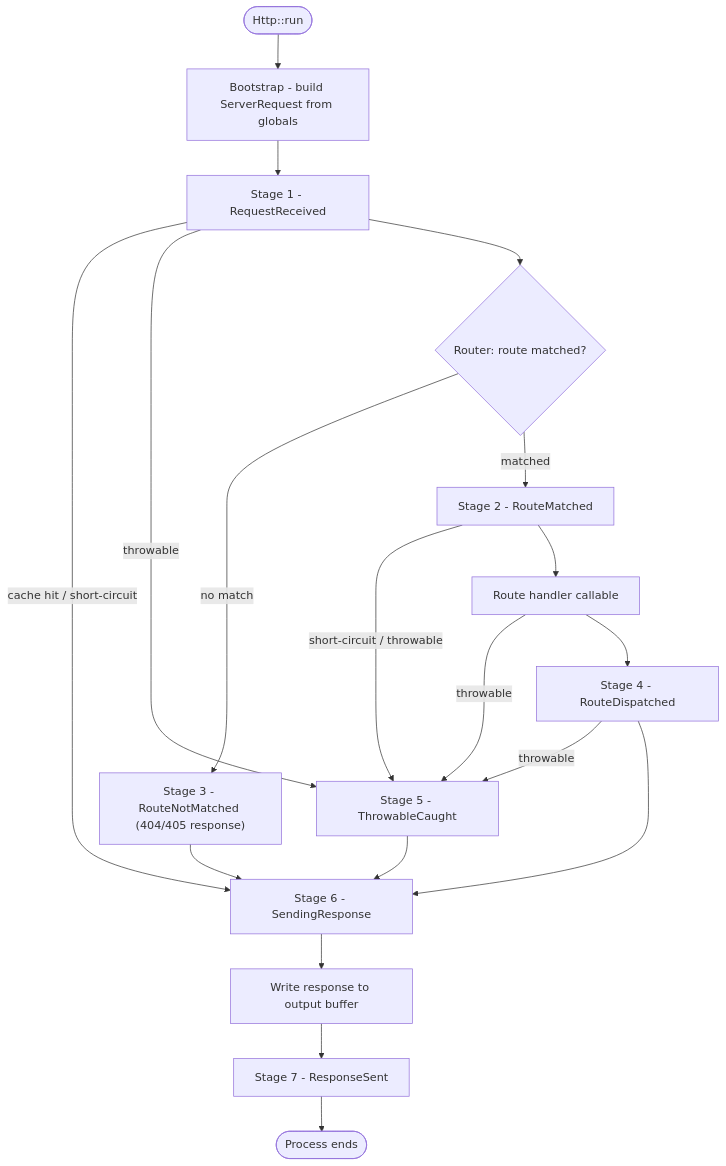
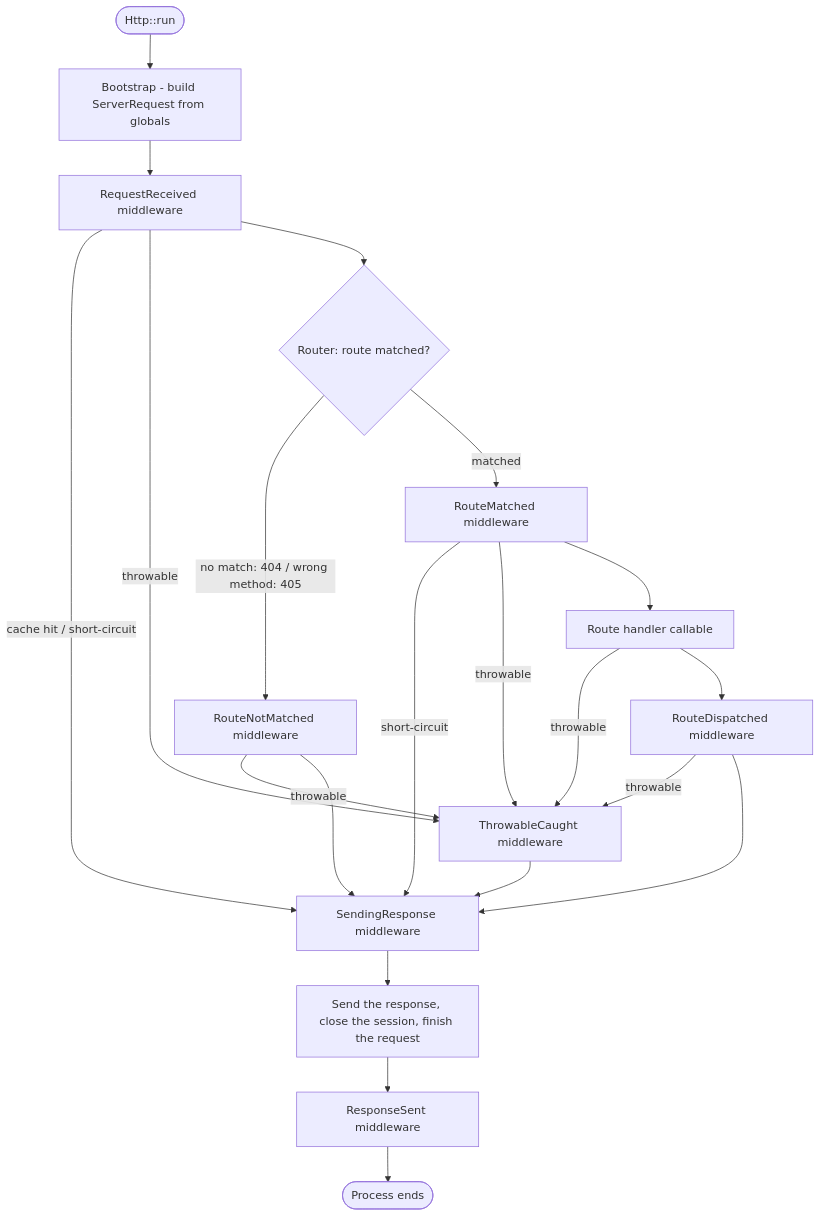
Before and after one commit to valkyrjaio/valkyrja: the diagram in src/Valkyrja/Http/README.md, drawn with Mermaid. The commit also changed other lines of this file, not shown here.

First line of the commit message:
[Http] docs: Rewrite the README to match the code (#1143)

````diff
--- a/src/Valkyrja/Http/README.md
+++ b/src/Valkyrja/Http/README.md
@@ -882,21 +1744,23 @@
 ```mermaid
 flowchart TD
     A([Http::run]) --> B[Bootstrap - build ServerRequest from globals]
-    B --> C[Stage 1 - RequestReceived]
-    C -->|"cache hit / short-circuit"| G[Stage 6 - SendingResponse]
-    C -->|throwable| J[Stage 5 - ThrowableCaught]
+    B --> C[RequestReceived middleware]
+    C -->|"cache hit / short-circuit"| G[SendingResponse middleware]
+    C -->|throwable| J[ThrowableCaught middleware]
     C --> D{"Router: route matched?"}
-    D -->|"no match"| E["Stage 3 - RouteNotMatched (404/405 response)"]
-    D -->|matched| F[Stage 2 - RouteMatched]
+    D -->|"no match: 404 / wrong method: 405"| E[RouteNotMatched middleware]
+    D -->|matched| F[RouteMatched middleware]
+    E -->|throwable| J
     E --> G
-    F -->|"short-circuit / throwable"| J
+    F -->|"short-circuit"| G
+    F -->|throwable| J
     F --> H[Route handler callable]
     H -->|throwable| J
-    H[Route handler callable] --> I[Stage 4 - RouteDispatched]
+    H --> I[RouteDispatched middleware]
     I -->|throwable| J
     I --> G
     J --> G
-    G --> K[Write response to output buffer]
-    K --> L[Stage 7 - ResponseSent]
+    G --> K[Send the response, close the session, finish the request]
+    K --> L[ResponseSent middleware]
     L --> M([Process ends])
 ```
````
